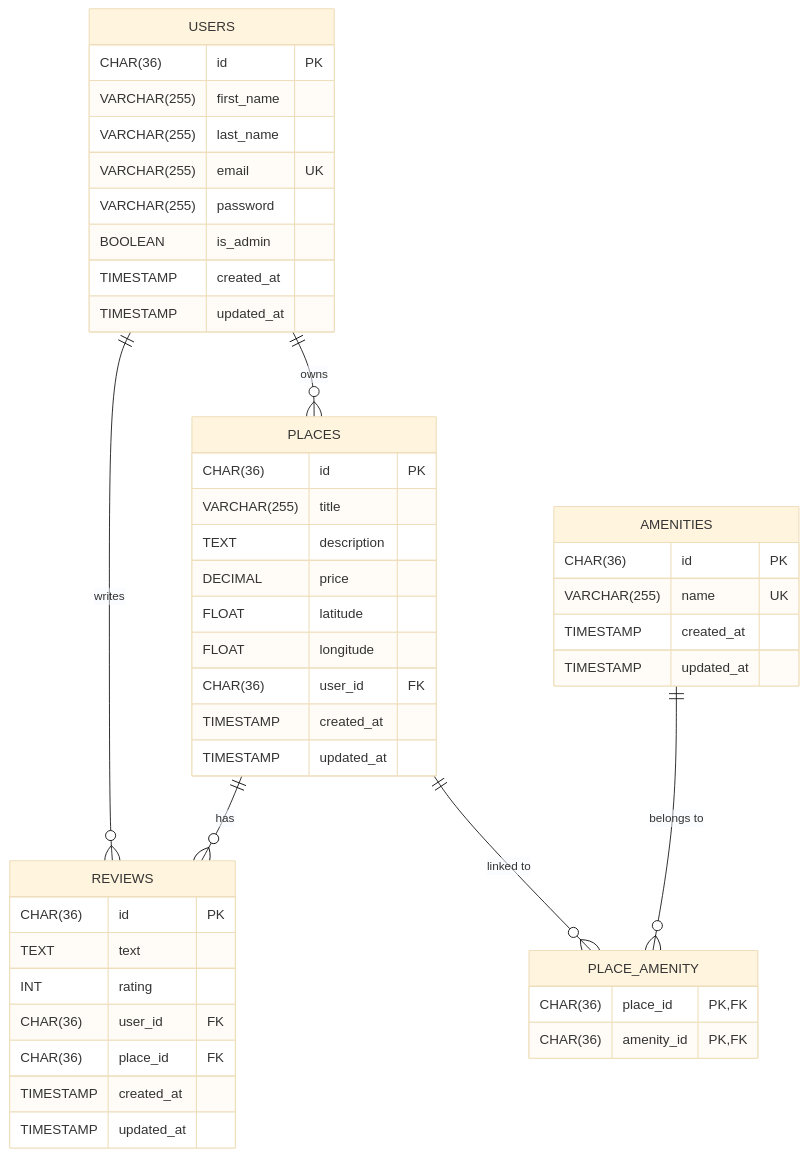
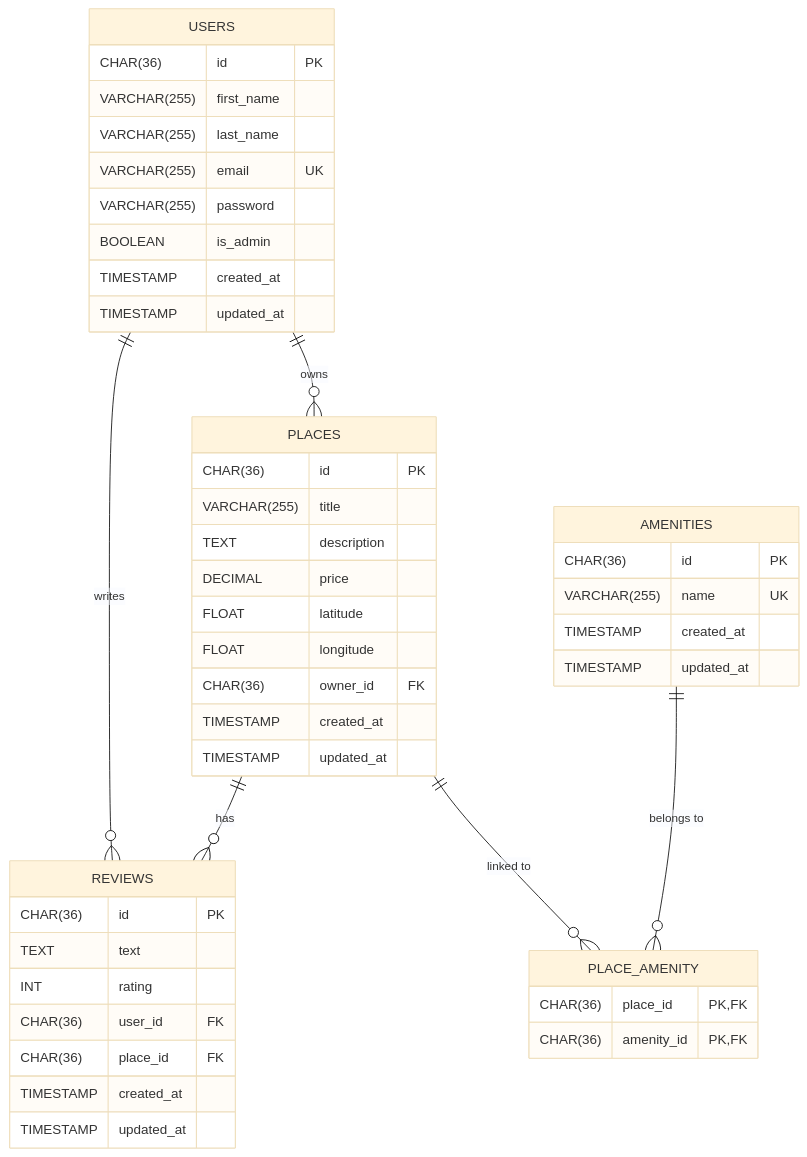
The diagram in part3/sql/er_diagram.md (MWA404/holbertonschool-hbnb), drawn with Mermaid (base theme) before and after one commit. The commit also changed other lines of this file and 1 other file, not shown here.

Commit message:
Task 10: Add ER diagram, fix schema consistency, add README

````diff
--- a/part3/sql/er_diagram.md
+++ b/part3/sql/er_diagram.md
@@ -7,53 +7,53 @@
 ```mermaid
 erDiagram
     USERS {
         CHAR(36) id PK
         VARCHAR(255) first_name
         VARCHAR(255) last_name
         VARCHAR(255) email UK
         VARCHAR(255) password
         BOOLEAN is_admin
         TIMESTAMP created_at
         TIMESTAMP updated_at
     }
 
     PLACES {
         CHAR(36) id PK
         VARCHAR(255) title
         TEXT description
         DECIMAL price
         FLOAT latitude
         FLOAT longitude
-        CHAR(36) user_id FK
+        CHAR(36) owner_id FK
         TIMESTAMP created_at
         TIMESTAMP updated_at
     }
 
     REVIEWS {
         CHAR(36) id PK
         TEXT text
         INT rating
         CHAR(36) user_id FK
         CHAR(36) place_id FK
         TIMESTAMP created_at
         TIMESTAMP updated_at
     }
 
     AMENITIES {
         CHAR(36) id PK
         VARCHAR(255) name UK
         TIMESTAMP created_at
         TIMESTAMP updated_at
     }
 
     PLACE_AMENITY {
         CHAR(36) place_id PK,FK
         CHAR(36) amenity_id PK,FK
     }
 
     USERS ||--o{ PLACES : "owns"
     USERS ||--o{ REVIEWS : "writes"
     PLACES ||--o{ REVIEWS : "has"
     PLACES ||--o{ PLACE_AMENITY : "linked to"
     AMENITIES ||--o{ PLACE_AMENITY : "belongs to"
 ```
````
